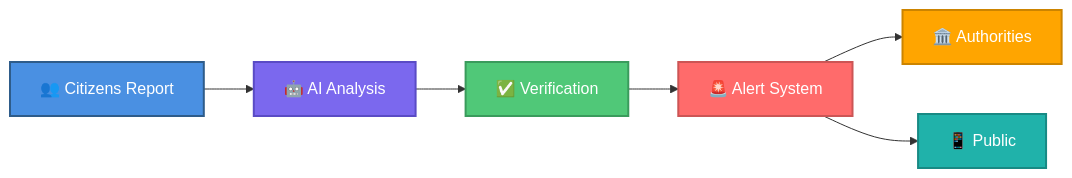
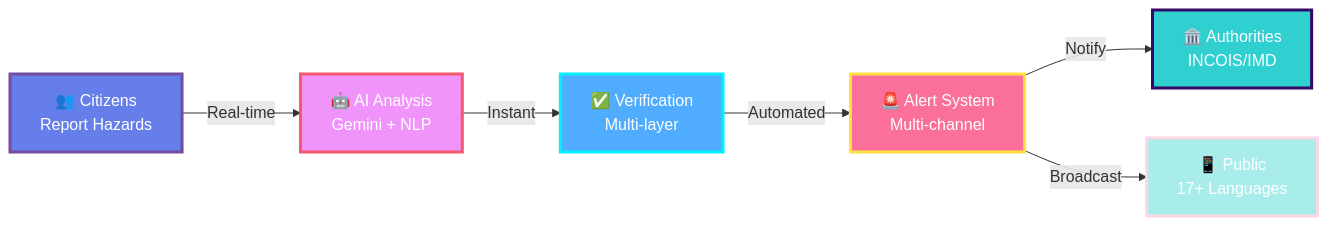
Before and after one commit to Ganeshpriyan1011/SIH_2025_Problem_25039: the third of 5 diagrams in README.md, drawn with Mermaid. The commit also changed other lines of this file, not shown here.

````diff
--- a/README.md
+++ b/README.md
@@ -31,15 +938,15 @@
 ```mermaid
 graph LR
-    A[👥 Citizens Report] --> B[🤖 AI Analysis]
-    B --> C[✅ Verification]
-    C --> D[🚨 Alert System]
-    D --> E[🏛️ Authorities]
-    D --> F[📱 Public]
+    A[👥 Citizens<br/>Report Hazards] -->|Real-time| B[🤖 AI Analysis<br/>Gemini + NLP]
+    B -->|Instant| C[✅ Verification<br/>Multi-layer]
+    C -->|Automated| D[🚨 Alert System<br/>Multi-channel]
+    D -->|Notify| E[🏛️ Authorities<br/>INCOIS/IMD]
+    D -->|Broadcast| F[📱 Public<br/>17+ Languages]
     
-    style A fill:#4A90E2,stroke:#2E5C8A,stroke-width:2px,color:#fff
-    style B fill:#7B68EE,stroke:#5A4BC5,stroke-width:2px,color:#fff
-    style C fill:#50C878,stroke:#3A9B5C,stroke-width:2px,color:#fff
-    style D fill:#FF6B6B,stroke:#CC5555,stroke-width:2px,color:#fff
-    style E fill:#FFA500,stroke:#CC8400,stroke-width:2px,color:#fff
-    style F fill:#20B2AA,stroke:#188A84,stroke-width:2px,color:#fff
+    style A fill:#667eea,stroke:#764ba2,stroke-width:3px,color:#fff
+    style B fill:#f093fb,stroke:#f5576c,stroke-width:3px,color:#fff
+    style C fill:#4facfe,stroke:#00f2fe,stroke-width:3px,color:#fff
+    style D fill:#fa709a,stroke:#fee140,stroke-width:3px,color:#fff
+    style E fill:#30cfd0,stroke:#330867,stroke-width:3px,color:#fff
+    style F fill:#a8edea,stroke:#fed6e3,stroke-width:3px,color:#fff
 ```
````
